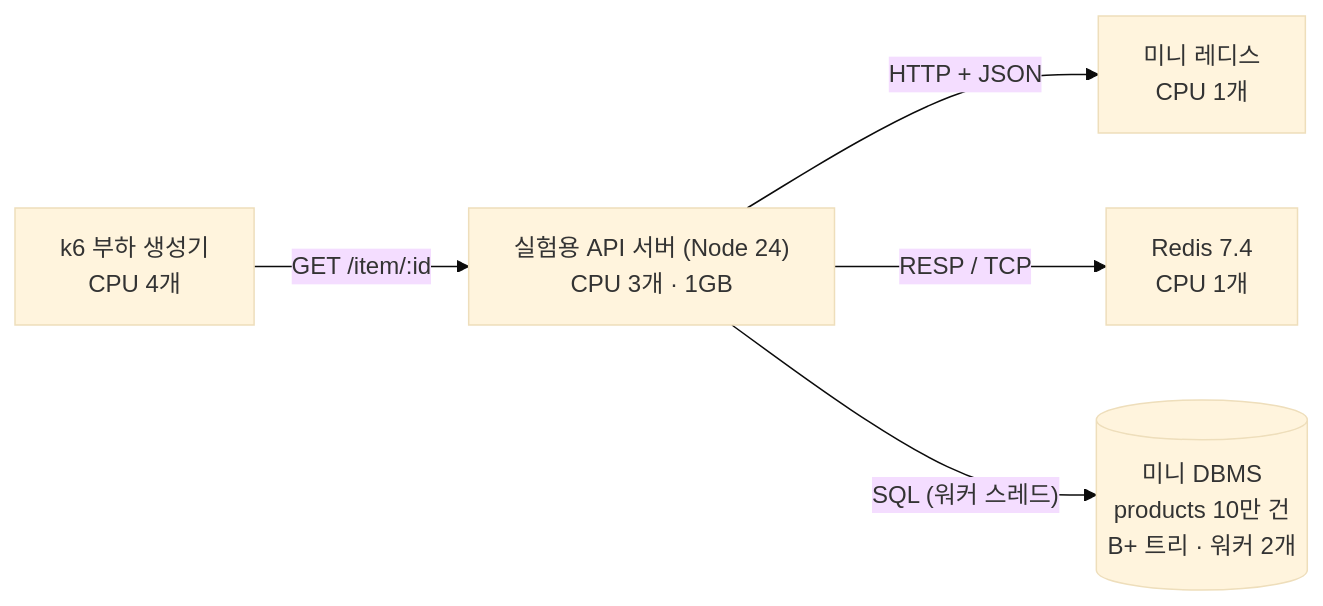
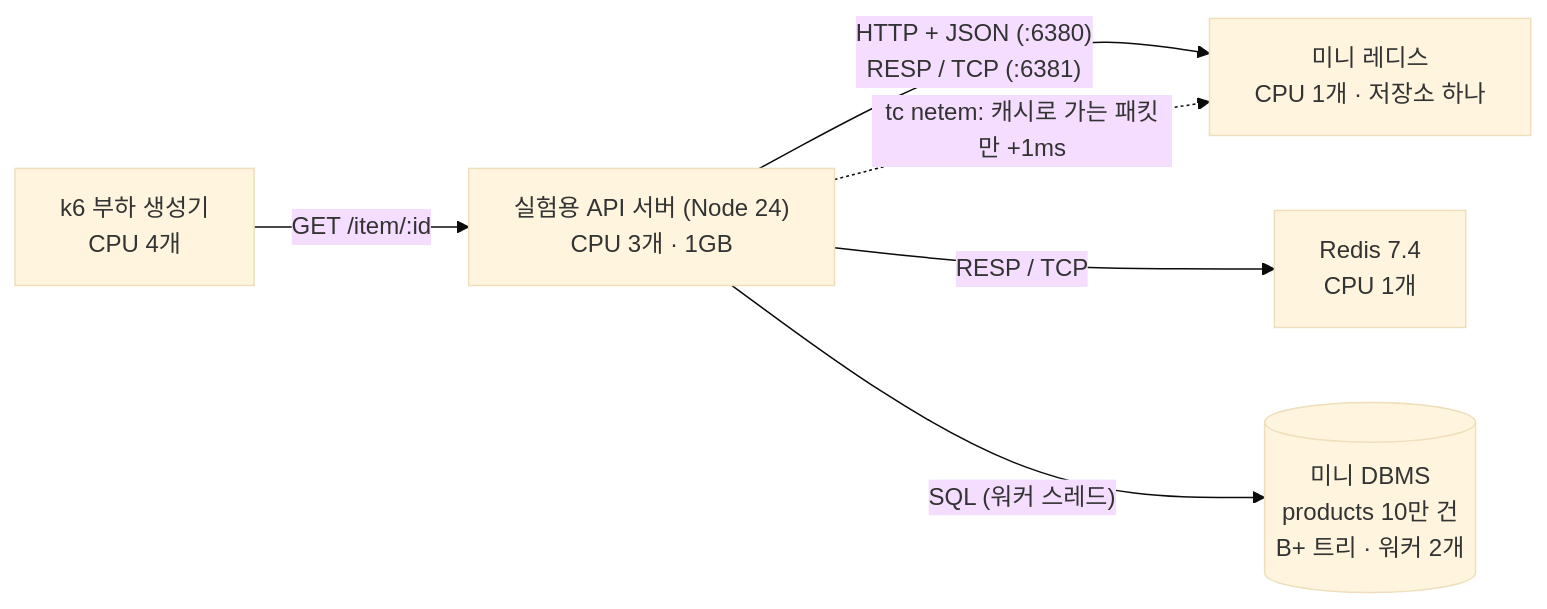
The first of 2 diagrams in README.md (kimtaeg/ai-framework), drawn with Mermaid (base theme) before and after one commit. The commit also changed other lines of this file and 589 other files, not shown here.

````diff
--- a/README.md
+++ b/README.md
@@ -45,7 +46,8 @@
 ```mermaid
 flowchart LR
     k6["k6 부하 생성기<br/>CPU 4개"] -->|"GET /item/:id"| api["실험용 API 서버 (Node 24)<br/>CPU 3개 · 1GB"]
-    api -->|"HTTP + JSON"| mini["미니 레디스<br/>CPU 1개"]
+    api -->|"HTTP + JSON (:6380)<br/>RESP / TCP (:6381)"| mini["미니 레디스<br/>CPU 1개 · 저장소 하나"]
     api -->|"RESP / TCP"| redis["Redis 7.4<br/>CPU 1개"]
     api -->|"SQL (워커 스레드)"| db[("미니 DBMS<br/>products 10만 건<br/>B+ 트리 · 워커 2개")]
+    api -. "tc netem: 캐시로 가는 패킷만 +1ms" .-> mini
 ```
````
